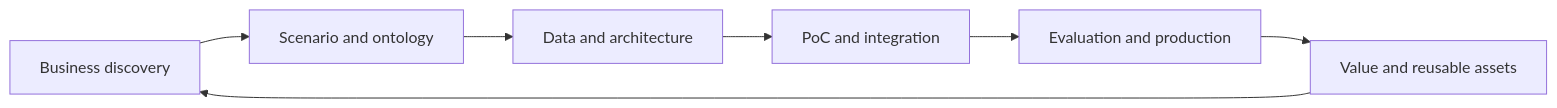
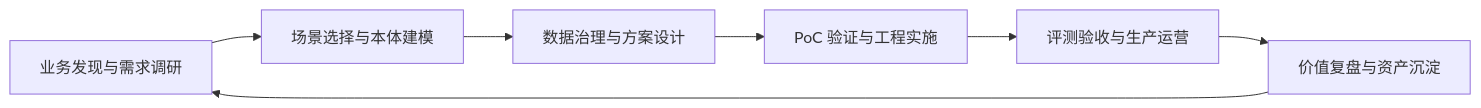
The diagram in README.md (fdeopen/awesome-fde), drawn with Mermaid before and after one commit. The commit also changed other lines of this file and 2 other files, not shown here.

````diff
--- a/README.md
+++ b/README.md
@@ -81,9 +112,9 @@
 ```mermaid
 flowchart LR
-    A[Business discovery] --> B[Scenario and ontology]
-    B --> C[Data and architecture]
-    C --> D[PoC and integration]
-    D --> E[Evaluation and production]
-    E --> F[Value and reusable assets]
+    A[业务发现与需求调研] --> B[场景选择与本体建模]
+    B --> C[数据治理与方案设计]
+    C --> D[PoC 验证与工程实施]
+    D --> E[评测验收与生产运营]
+    E --> F[价值复盘与资产沉淀]
     F --> A
 ```
````
